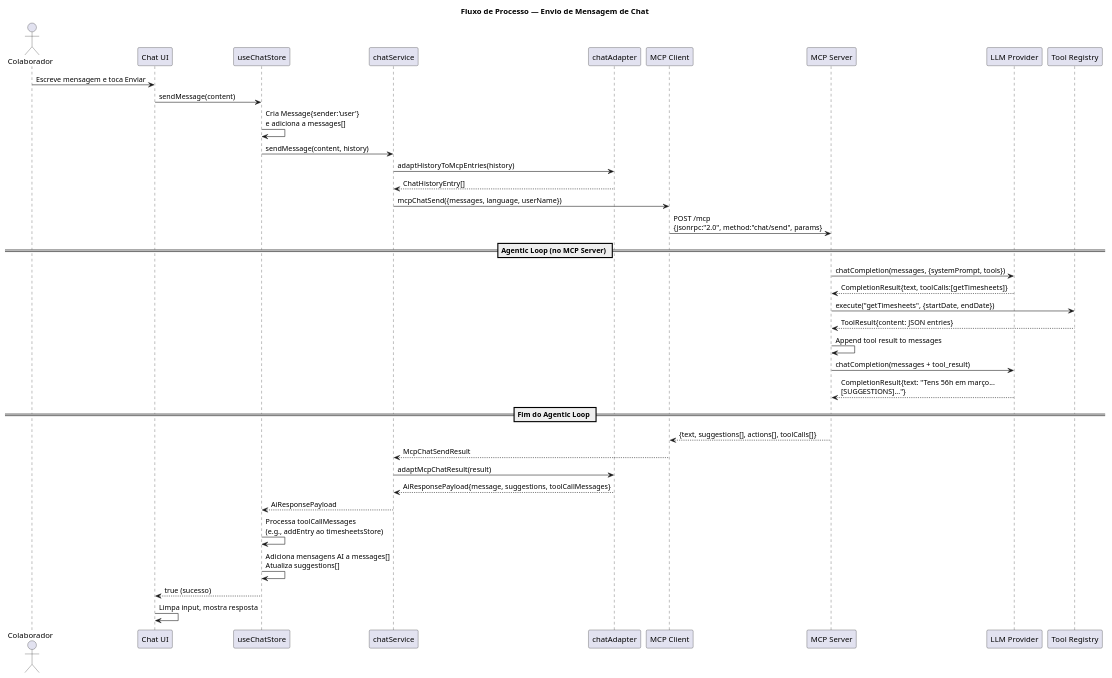
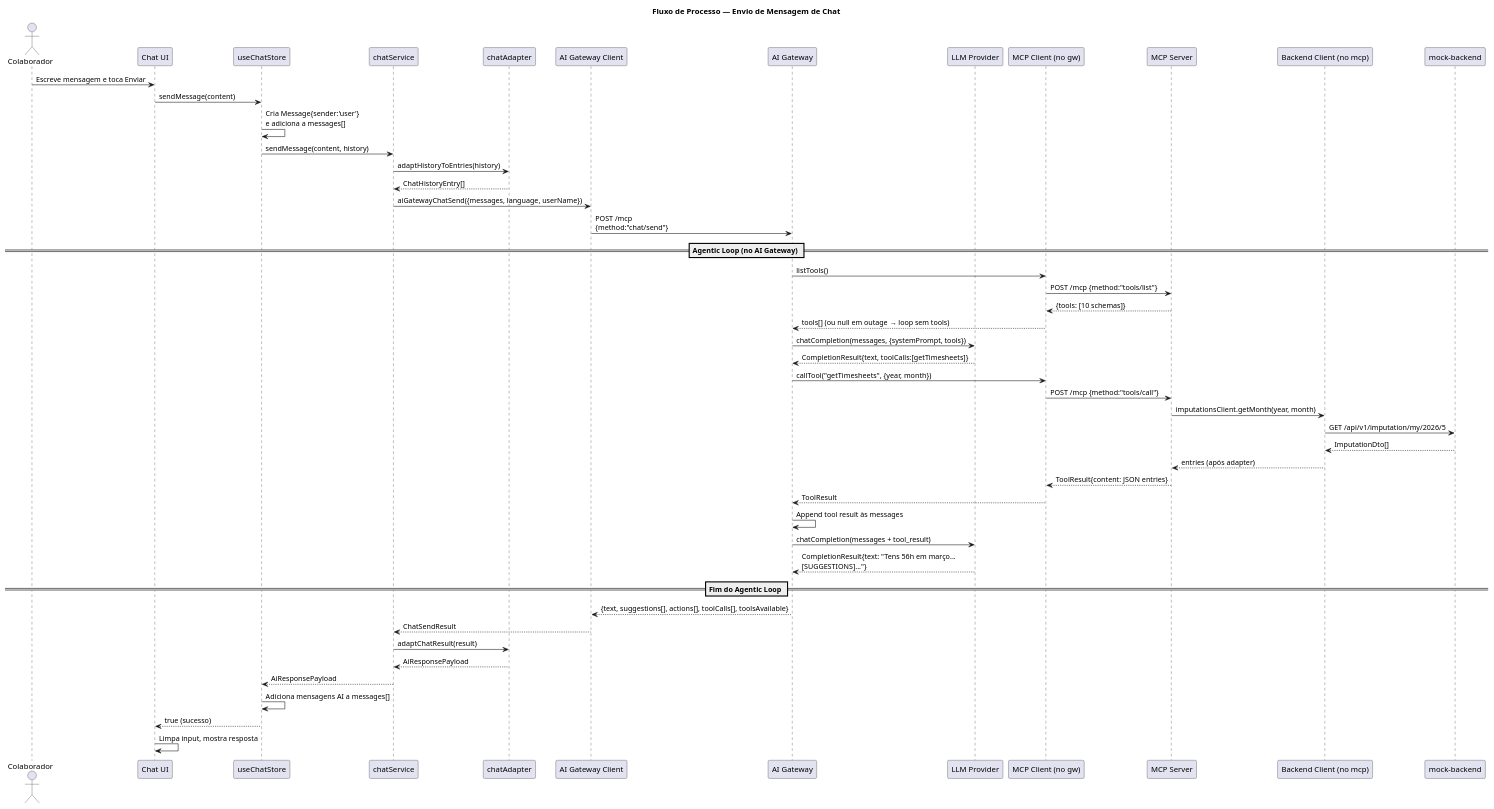
The seventh of 14 diagrams in armini/docs/architecture.md (gabsilva17/projeto-armis), drawn with PlantUML before and after one commit. The commit also changed other lines of this file and 5 other files, not shown here.

````diff
--- a/armini/docs/architecture.md
+++ b/armini/docs/architecture.md
@@ -366,55 +433,68 @@
 ```plantuml
 @startuml Processo_Chat
 title Fluxo de Processo — Envio de Mensagem de Chat
 
 actor Colaborador as user
 participant "Chat UI" as chatUI
 participant "useChatStore" as chatStore
 participant "chatService" as chatSvc
 participant "chatAdapter" as adapter
-participant "MCP Client" as mcpClient
-participant "MCP Server" as mcpServer
+participant "AI Gateway Client" as gwClient
+participant "AI Gateway" as gw
 participant "LLM Provider" as llm
-participant "Tool Registry" as tools
+participant "MCP Client (no gw)" as mcpClient
+participant "MCP Server" as mcp
+participant "Backend Client (no mcp)" as bClient
+participant "mock-backend" as mock
 
 user -> chatUI : Escreve mensagem e toca Enviar
 chatUI -> chatStore : sendMessage(content)
 chatStore -> chatStore : Cria Message{sender:'user'}\ne adiciona a messages[]
 
 chatStore -> chatSvc : sendMessage(content, history)
-chatSvc -> adapter : adaptHistoryToMcpEntries(history)
+chatSvc -> adapter : adaptHistoryToEntries(history)
 adapter --> chatSvc : ChatHistoryEntry[]
 
-chatSvc -> mcpClient : mcpChatSend({messages, language, userName})
-mcpClient -> mcpServer : POST /mcp\n{jsonrpc:"2.0", method:"chat/send", params}
+chatSvc -> gwClient : aiGatewayChatSend({messages, language, userName})
+gwClient -> gw : POST /mcp\n{method:"chat/send"}
 
-== Agentic Loop (no MCP Server) ==
+== Agentic Loop (no AI Gateway) ==
 
-mcpServer -> llm : chatCompletion(messages, {systemPrompt, tools})
-llm --> mcpServer : CompletionResult{text, toolCalls:[getTimesheets]}
+gw -> mcpClient : listTools()
+mcpClient -> mcp : POST /mcp {method:"tools/list"}
+mcp --> mcpClient : {tools: [10 schemas]}
+mcpClient --> gw : tools[] (ou null em outage → loop sem tools)
 
-mcpServer -> tools : execute("getTimesheets", {startDate, endDate})
-tools --> mcpServer : ToolResult{content: JSON entries}
+gw -> llm : chatCompletion(messages, {systemPrompt, tools})
+llm --> gw : CompletionResult{text, toolCalls:[getTimesheets]}
 
-mcpServer -> mcpServer : Append tool result to messages
+gw -> mcpClient : callTool("getTimesheets", {year, month})
+mcpClient -> mcp : POST /mcp {method:"tools/call"}
+mcp -> bClient : imputationsClient.getMonth(year, month)
+bClient -> mock : GET /api/v1/imputation/my/2026/5
+mock --> bClient : ImputationDto[]
+bClient --> mcp : entries (após adapter)
+mcp --> mcpClient : ToolResult{content: JSON entries}
+mcpClient --> gw : ToolResult
 
-mcpServer -> llm : chatCompletion(messages + tool_result)
-llm --> mcpServer : CompletionResult{text: "Tens 56h em março...\n[SUGGESTIONS]..."}
+gw -> gw : Append tool result às messages
+
+gw -> llm : chatCompletion(messages + tool_result)
+llm --> gw : CompletionResult{text: "Tens 56h em março...\n[SUGGESTIONS]..."}
 
 == Fim do Agentic Loop ==
 
-mcpServer --> mcpClient : {text, suggestions[], actions[], toolCalls[]}
-mcpClient --> chatSvc : McpChatSendResult
+gw --> gwClient : {text, suggestions[], actions[], toolCalls[], toolsAvailable}
+gwClient --> chatSvc : ChatSendResult
 
-chatSvc -> adapter : adaptMcpChatResult(result)
-adapter --> chatSvc : AiResponsePayload{message, suggestions, toolCallMessages}
+chatSvc -> adapter : adaptChatResult(result)
+adapter --> chatSvc : AiResponsePayload
 
 chatSvc --> chatStore : AiResponsePayload
-chatStore -> chatStore : Processa toolCallMessages\n(e.g., addEntry ao timesheetsStore)
-chatStore -> chatStore : Adiciona mensagens AI a messages[]\nAtualiza suggestions[]
+chatStore -> chatStore : Adiciona mensagens AI a messages[]
 
 chatStore --> chatUI : true (sucesso)
 chatUI -> chatUI : Limpa input, mostra resposta
 
 @enduml
 ```
````
